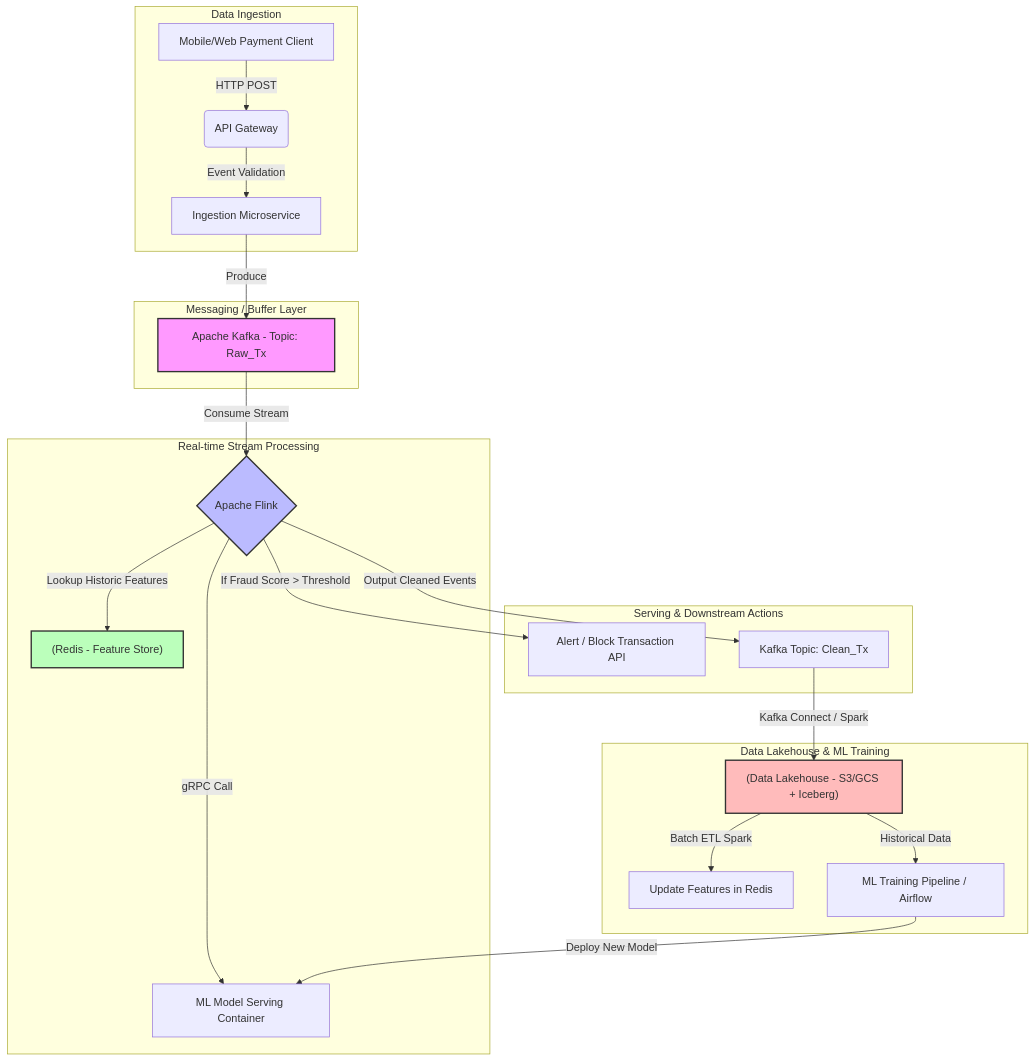
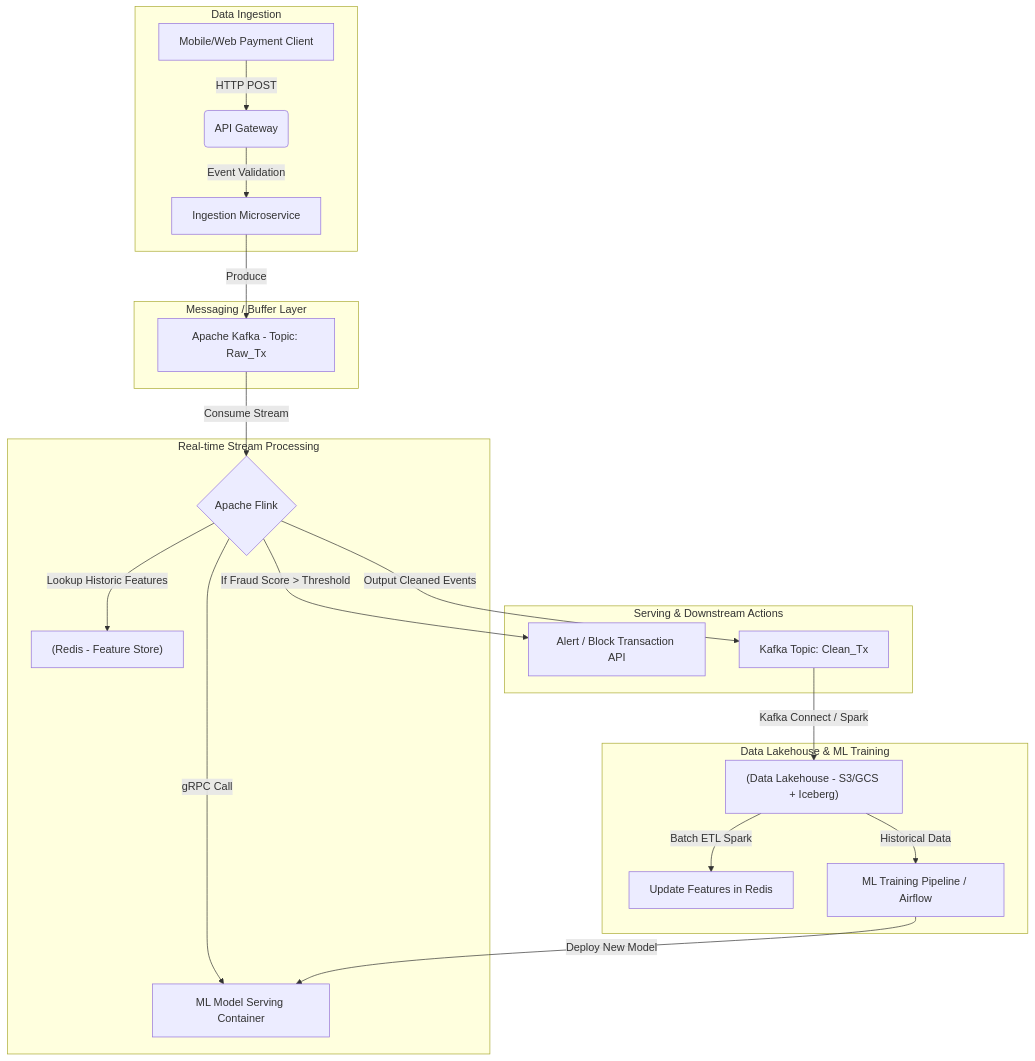
The first of 2 diagrams in src/content/docs/interview/overview.md (kythuatdulieu/kythuatdulieu.github.io), drawn with Mermaid before and after one commit. The commit also changed other lines of this file and 682 other files, not shown here.

````diff
--- a/src/content/docs/interview/overview.md
+++ b/src/content/docs/interview/overview.md
@@ -49,34 +61,29 @@
 ```mermaid
 graph TD
     subgraph "Data Ingestion"
         A["Mobile/Web Payment Client"] -->|HTTP POST| B("API Gateway")
         B -->|Event Validation| C["Ingestion Microservice"]
     end
 
     subgraph "Messaging / Buffer Layer"
         C -->|Produce| D["Apache Kafka - Topic: Raw_Tx"]
     end
 
     subgraph "Real-time Stream Processing"
         D -->|Consume Stream| E{"Apache Flink"}
         E -->|Lookup Historic Features| F["(Redis - Feature Store)"]
         E -->|gRPC Call| G["ML Model Serving Container"]
     end
 
     subgraph "Serving & Downstream Actions"
         E -->|If Fraud Score > Threshold| H["Alert / Block Transaction API"]
         E -->|Output Cleaned Events| I["Kafka Topic: Clean_Tx"]
     end
 
     subgraph "Data Lakehouse & ML Training"
         I -->|Kafka Connect / Spark| J["(Data Lakehouse - S3/GCS + Iceberg)"]
         J -->|Batch ETL Spark| K["Update Features in Redis"]
         J -->|Historical Data| L["ML Training Pipeline / Airflow"]
         L -->|Deploy New Model| G
     end
-    
-    style D fill:#f9f,stroke:#333,stroke-width:2px
-    style E fill:#bbf,stroke:#333,stroke-width:2px
-    style F fill:#bfb,stroke:#333,stroke-width:2px
-    style J fill:#fbb,stroke:#333,stroke-width:2px
 ```
````
